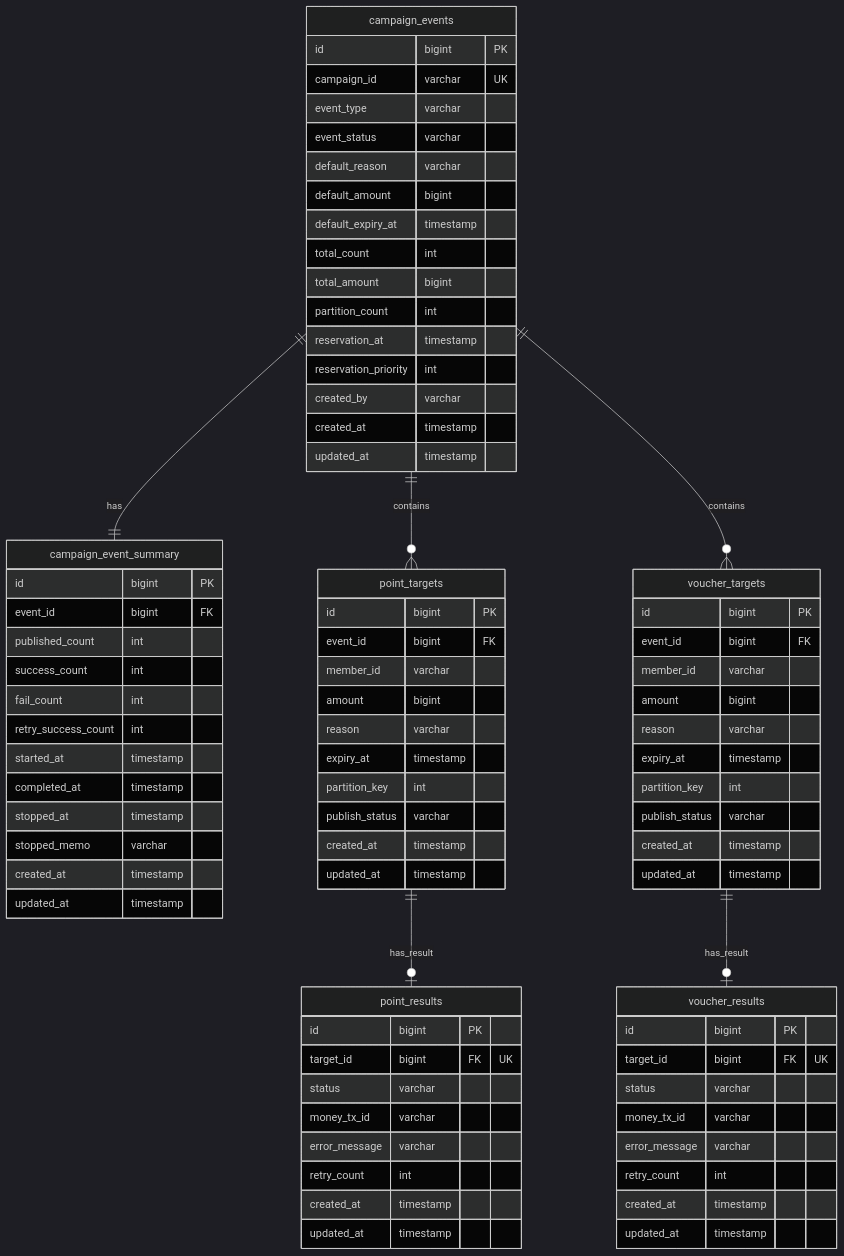
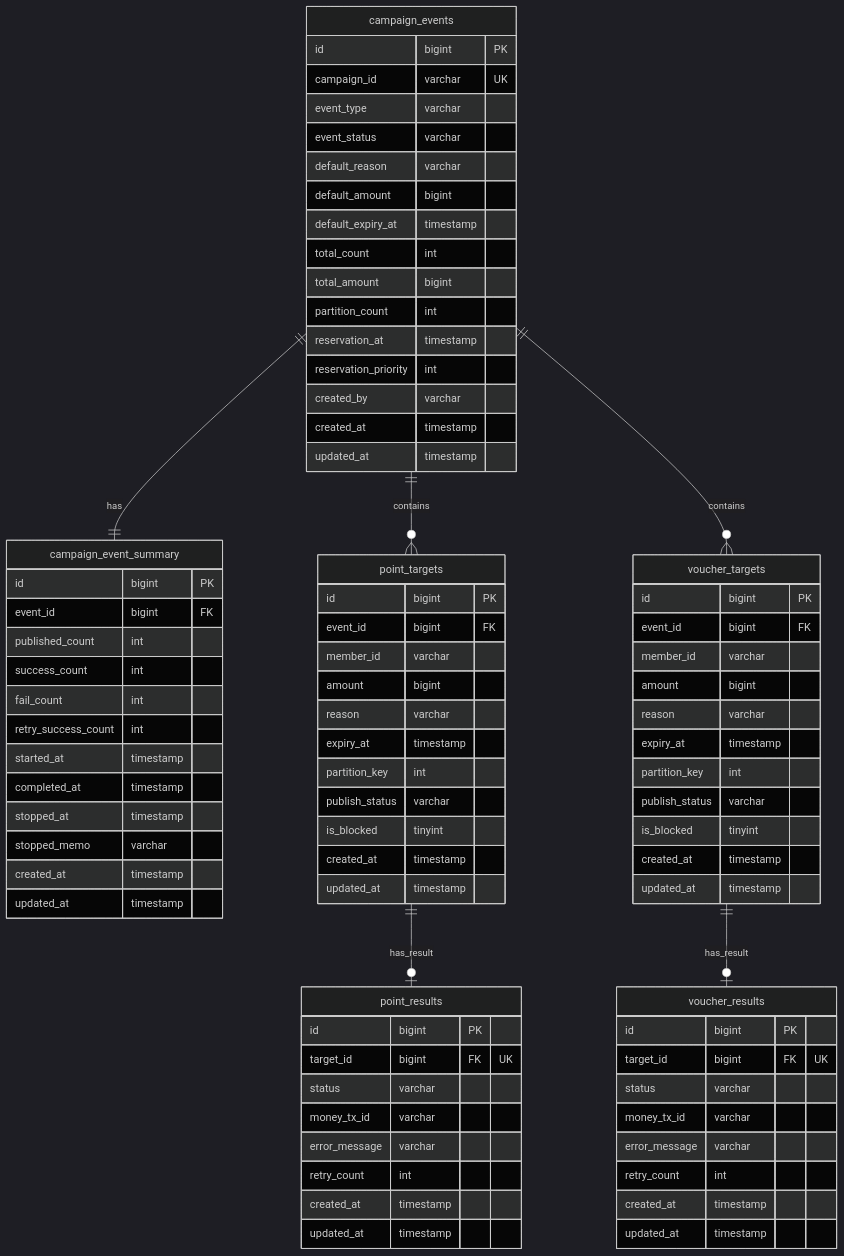
Before and after one commit to JiYoonKimjimmy/obsidian-vault: the diagram in 1. Project/2026_MP_대량 포인트 지급 시스템/03_Data Modeling.md, drawn with Mermaid (dark theme). The commit also changed other lines of this file and 1 other file, not shown here.

```diff
--- a/1. Project/2026_MP_대량 포인트 지급 시스템/03_Data Modeling.md
+++ b/1. Project/2026_MP_대량 포인트 지급 시스템/03_Data Modeling.md
@@ -74,6 +74,7 @@
         expiry_at timestamp
         partition_key int
         publish_status varchar
+        is_blocked tinyint
         created_at timestamp
         updated_at timestamp
     }
@@ -98,6 +99,7 @@
         expiry_at timestamp
         partition_key int
         publish_status varchar
+        is_blocked tinyint
         created_at timestamp
         updated_at timestamp
     }
```
